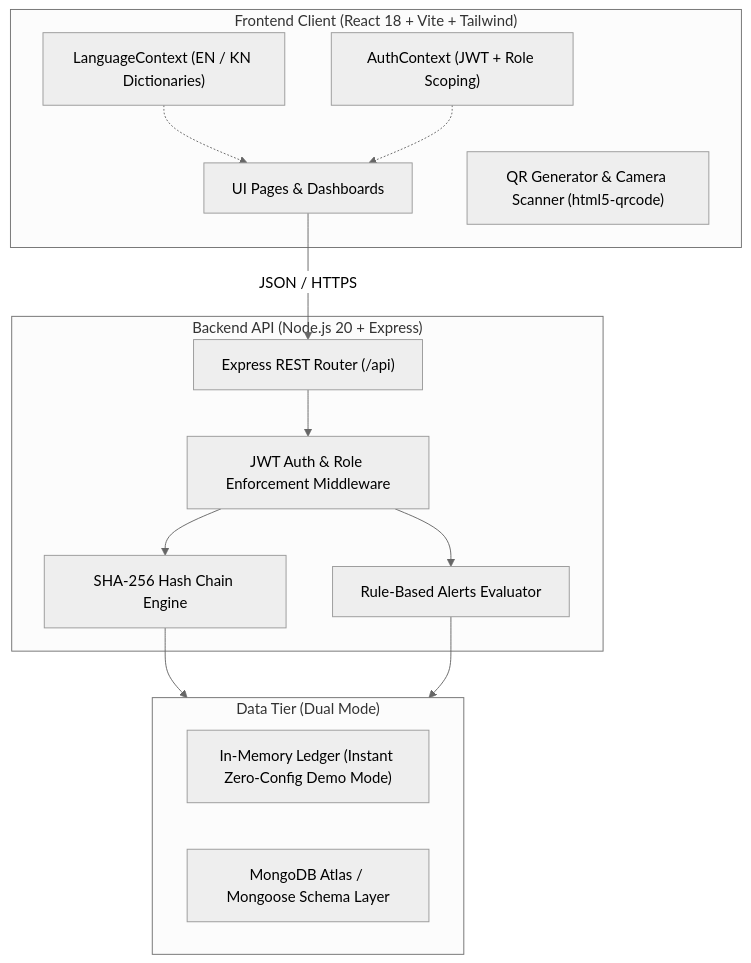
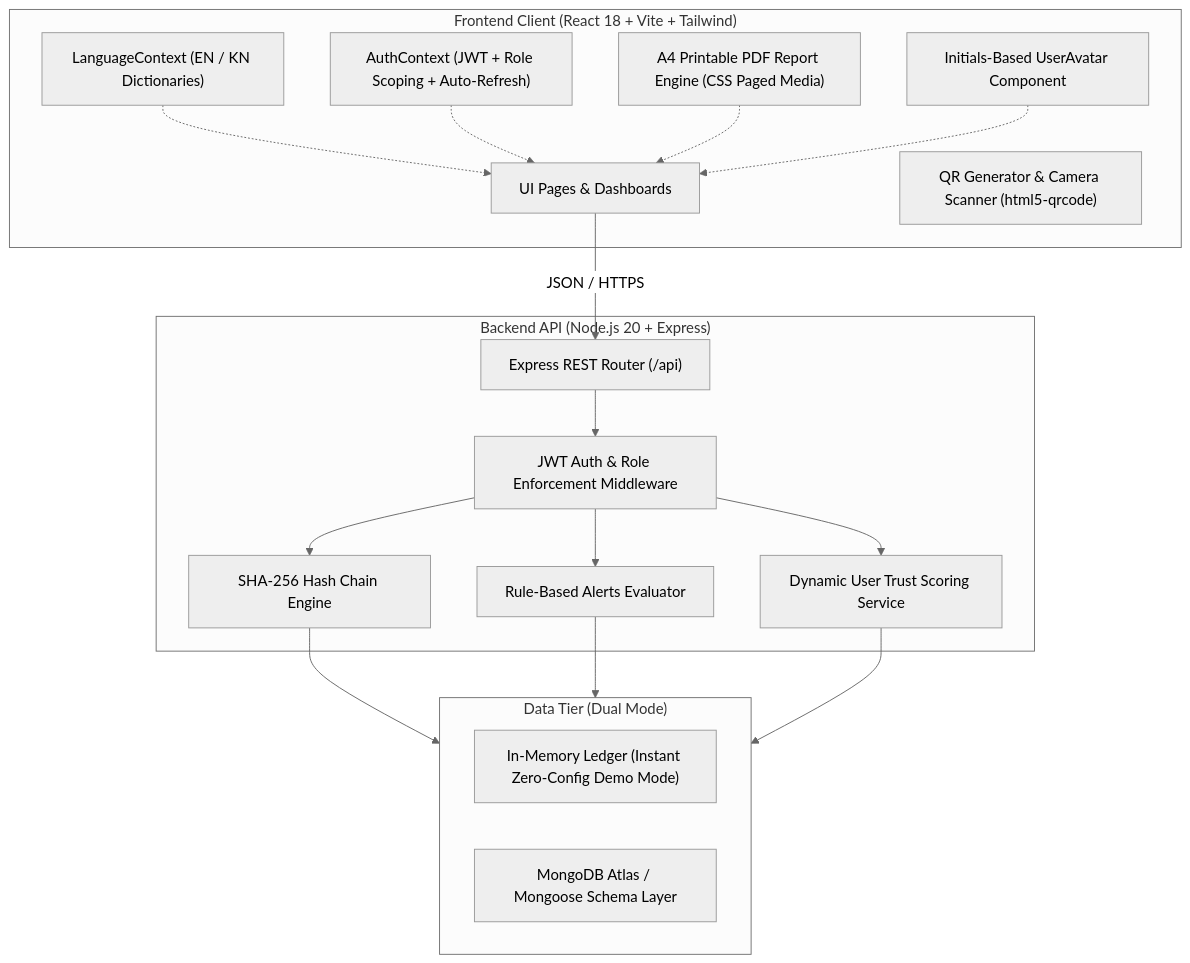
One commit to chandank013/sea-sentinels-catchtrace changed the diagram in docs/TRD.md. Above: the diagram before and after it, drawn with Mermaid (neutral theme). The commit also changed other lines of this file and 56 other files, not shown here.

````diff
--- a/docs/TRD.md
+++ b/docs/TRD.md
@@ -16,30 +16,37 @@
 ```mermaid
 flowchart TD
     subgraph Client["Frontend Client (React 18 + Vite + Tailwind)"]
         UI["UI Pages & Dashboards"]
         i18n["LanguageContext (EN / KN Dictionaries)"]
-        AuthContext["AuthContext (JWT + Role Scoping)"]
+        AuthContext["AuthContext (JWT + Role Scoping + Auto-Refresh)"]
         QR["QR Generator & Camera Scanner (html5-qrcode)"]
+        PrintEngine["A4 Printable PDF Report Engine (CSS Paged Media)"]
+        UserAvatar["Initials-Based UserAvatar Component"]
     end
 
     subgraph API["Backend API (Node.js 20 + Express)"]
         Router["Express REST Router (/api)"]
         AuthMid["JWT Auth & Role Enforcement Middleware"]
         CryptoService["SHA-256 Hash Chain Engine"]
         AlertsEngine["Rule-Based Alerts Evaluator"]
+        TrustEngine["Dynamic User Trust Scoring Service"]
     end
 
     subgraph Storage["Data Tier (Dual Mode)"]
         MemDB["In-Memory Ledger (Instant Zero-Config Demo Mode)"]
         MongoAtlas["MongoDB Atlas / Mongoose Schema Layer"]
     end
 
     UI -->|JSON / HTTPS| Router
     Router --> AuthMid
     AuthMid --> CryptoService
     AuthMid --> AlertsEngine
+    AuthMid --> TrustEngine
     CryptoService --> Storage
     AlertsEngine --> Storage
+    TrustEngine --> Storage
     i18n -.-> UI
     AuthContext -.-> UI
+    PrintEngine -.-> UI
+    UserAvatar -.-> UI
 ```
````
